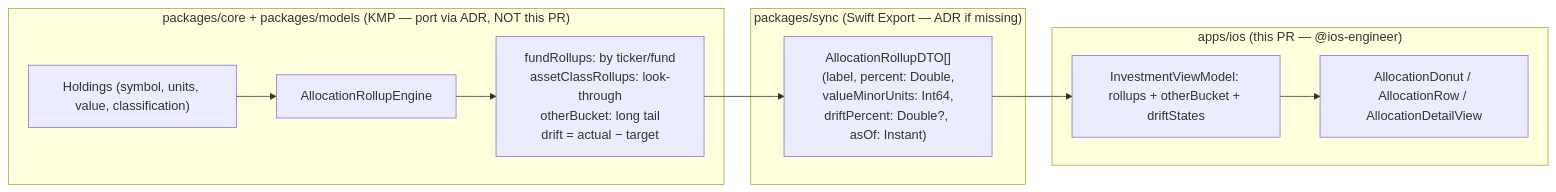
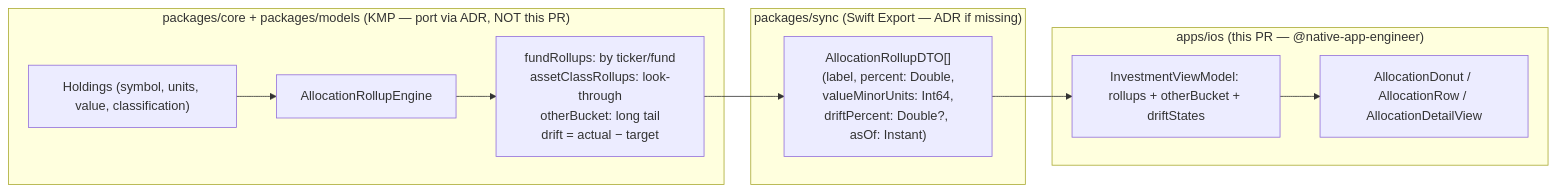
Before and after one commit to jrmoulckers/finance: the diagram in docs/design/ios-low-noise-etf-allocation.md, drawn with Mermaid. The commit also changed other lines of this file and 175 other files, not shown here.

````diff
--- a/docs/design/ios-low-noise-etf-allocation.md
+++ b/docs/design/ios-low-noise-etf-allocation.md
@@ -106,14 +106,14 @@
 ```mermaid
 flowchart LR
     subgraph shared["packages/core + packages/models (KMP — port via ADR, NOT this PR)"]
         A["Holdings (symbol, units, value, classification)"] --> B["AllocationRollupEngine"]
         B --> C["fundRollups: by ticker/fund<br/>assetClassRollups: look-through<br/>otherBucket: long tail<br/>drift = actual − target"]
     end
     subgraph bridge["packages/sync (Swift Export — ADR if missing)"]
         C --> D["AllocationRollupDTO[]<br/>(label, percent: Double,<br/>valueMinorUnits: Int64,<br/>driftPercent: Double?, asOf: Instant)"]
     end
-    subgraph ios["apps/ios (this PR — @ios-engineer)"]
+    subgraph ios["apps/ios (this PR — @native-app-engineer)"]
         D --> E["InvestmentViewModel: rollups + otherBucket + driftStates"]
         E --> F["AllocationDonut / AllocationRow / AllocationDetailView"]
     end
 ```
````
